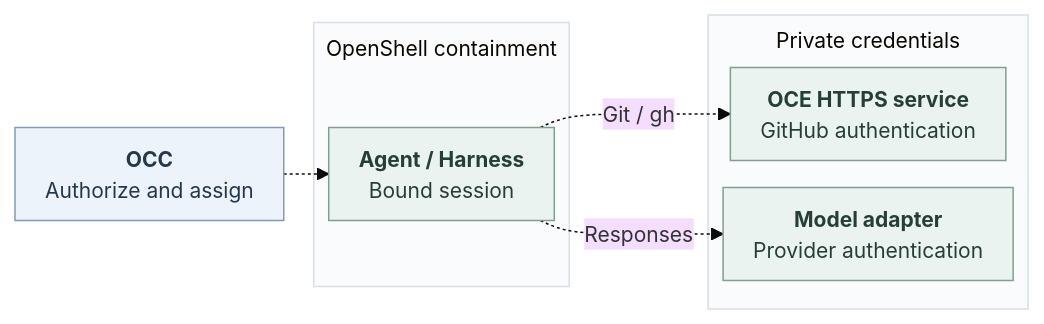
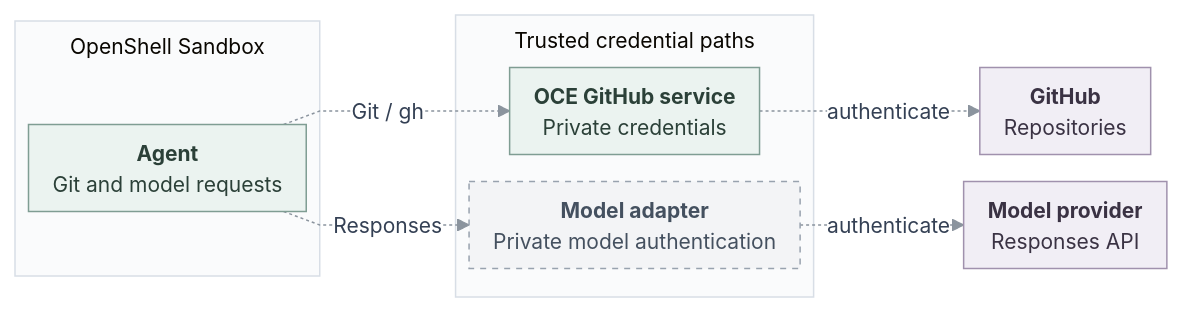
The diagram in specs/credential-gateway-driver.md (SebTardif/openclaw-enterprise), drawn with Mermaid before and after one commit. The commit also changed other lines of this file, not shown here.

Commit message:
docs: present the credential gateway proposal as a specification

````diff
--- a/specs/credential-gateway-driver.md
+++ b/specs/credential-gateway-driver.md
@@ -31,34 +30,44 @@
 ```mermaid
 ---
 config:
   theme: base
   htmlLabels: true
   themeVariables:
     fontSize: 14px
+    primaryTextColor: "#344054"
+    lineColor: "#8B949E"
+    edgeLabelBackground: "#FFFFFF"
   flowchart:
-    rankSpacing: 20
+    curve: linear
     nodeSpacing: 18
-    padding: 10
+    rankSpacing: 18
+    padding: 8
     subGraphTitleMargin:
       top: 6
       bottom: 10
 ---
 flowchart LR
-  C["<b>OCC</b><br/>Authorize and assign"]
-  subgraph O["OpenShell containment"]
-    A["<b>Agent / Harness</b><br/>Bound session"]
+  subgraph S["OpenShell Sandbox"]
+    A["<b>Agent</b><br/>Git and model requests"]
   end
-  subgraph P["Private credentials"]
-    G["<b>OCE HTTPS service</b><br/>GitHub authentication"]
-    M["<b>Model adapter</b><br/>Provider authentication"]
+  subgraph T["Trusted credential paths"]
+    G["<b>OCE GitHub service</b><br/>Private credentials"]
+    M["<b>Model adapter</b><br/>Private model authentication"]
   end
-  C -.-> A
+  H["<b>GitHub</b><br/>Repositories"]
+  P["<b>Model provider</b><br/>Responses API"]
   A -.->|Git / gh| G
   A -.->|Responses| M
-  classDef control fill:#edf3fa,stroke:#839ab5,color:#24374d
-  classDef owner fill:#eaf3ef,stroke:#809f91,color:#263f34
-  class C control
-  class A,G,M owner
-  style O fill:#fafbfc,stroke:#d8dee6
-  style P fill:#fafbfc,stroke:#d8dee6
+  G -.->|authenticate| H
+  M -.->|authenticate| P
+  classDef control fill:#EDF2F7,stroke:#879AB0,color:#25364A,stroke-width:1px
+  classDef operation fill:#EBF3F0,stroke:#7F9D93,color:#2B4038,stroke-width:1px
+  classDef external fill:#F1EEF5,stroke:#A091AD,color:#3A3243,stroke-width:1px
+  classDef pending fill:#F3F4F6,stroke:#98A2AE,color:#44505F,stroke-width:1px,stroke-dasharray:4 4
+  class A,G operation
+  class H,P external
+  class M pending
+  style S fill:#FAFBFC,stroke:#D8DEE6,stroke-width:1px
+  style T fill:#FAFBFC,stroke:#D8DEE6,stroke-width:1px
+  linkStyle default stroke:#8B949E,stroke-width:1px
 ```
````
